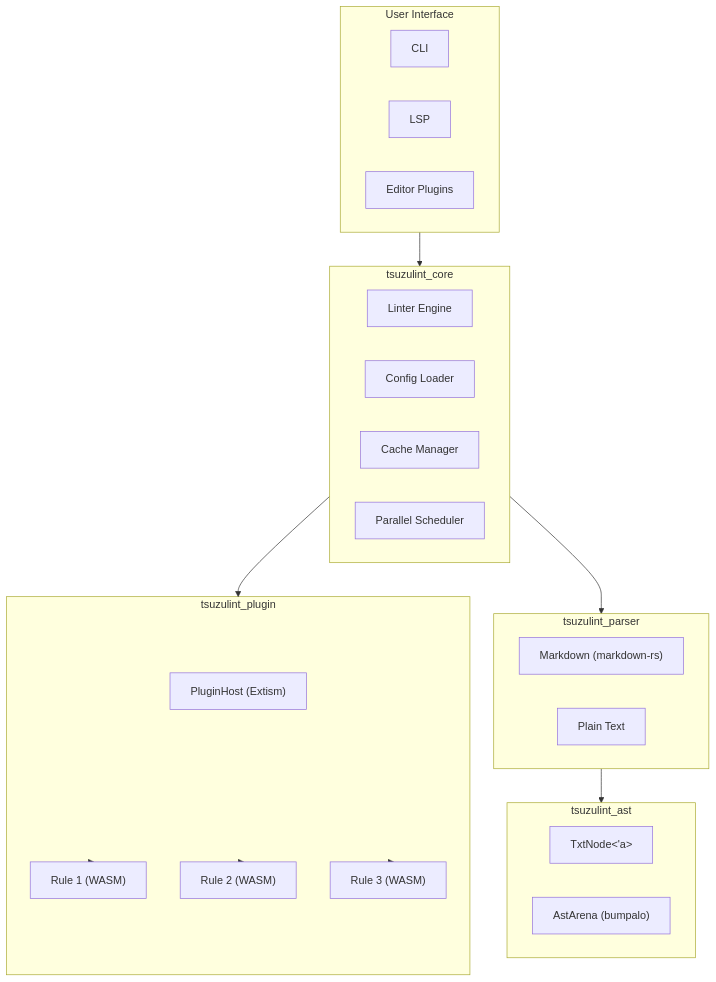
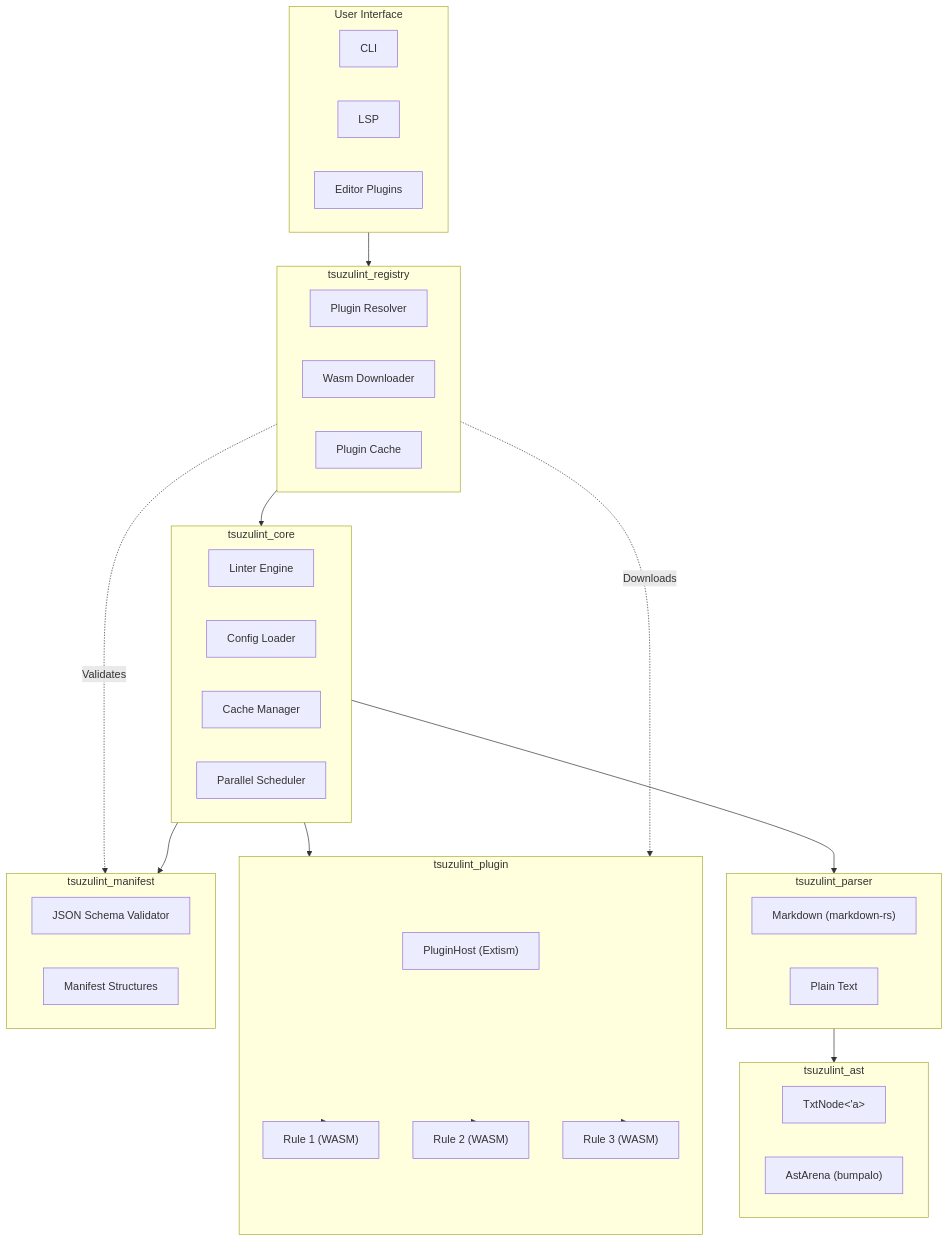
One commit to simorgh3196/tsuzulint changed the first of 4 diagrams in docs/architecture.md. Above: the diagram before and after it, drawn with Mermaid. The commit also changed other lines of this file and 9 other files, not shown here.

Commit message:
feat: refine registry cache logic and manifest rewriting

````diff
--- a/docs/architecture.md
+++ b/docs/architecture.md
@@ -7,40 +7,55 @@
 ```mermaid
 graph TB
     subgraph UI["User Interface"]
         CLI["CLI"]
         LSP["LSP"]
         Editor["Editor Plugins"]
     end
 
     subgraph Core["tsuzulint_core"]
         Linter["Linter Engine"]
         Config["Config Loader"]
         Cache["Cache Manager"]
         Parallel["Parallel Scheduler"]
+    end
+
+    subgraph Registry["tsuzulint_registry"]
+        Resolver["Plugin Resolver"]
+        Downloader["Wasm Downloader"]
+        P_Cache["Plugin Cache"]
     end
 
     subgraph Parser["tsuzulint_parser"]
         Markdown["Markdown (markdown-rs)"]
         PlainText["Plain Text"]
     end
 
     subgraph AST["tsuzulint_ast"]
         TxtNode["TxtNode<'a>"]
         Arena["AstArena (bumpalo)"]
     end
 
     subgraph Plugin["tsuzulint_plugin"]
         Host["PluginHost (Extism)"]
         Rule1["Rule 1 (WASM)"]
         Rule2["Rule 2 (WASM)"]
         Rule3["Rule 3 (WASM)"]
     end
 
-    UI --> Core
+    subgraph Manifest["tsuzulint_manifest"]
+        Validator["JSON Schema Validator"]
+        M_Struct["Manifest Structures"]
+    end
+
+    UI --> Registry
+    Registry --> Core
+    Registry -.->|Validates| Manifest
+    Core --> Manifest
     Core --> Parser
     Parser --> AST
     Core --> Plugin
     Plugin --> Rule1
     Plugin --> Rule2
     Plugin --> Rule3
+    Registry -.->|Downloads| Plugin
 ```
````
